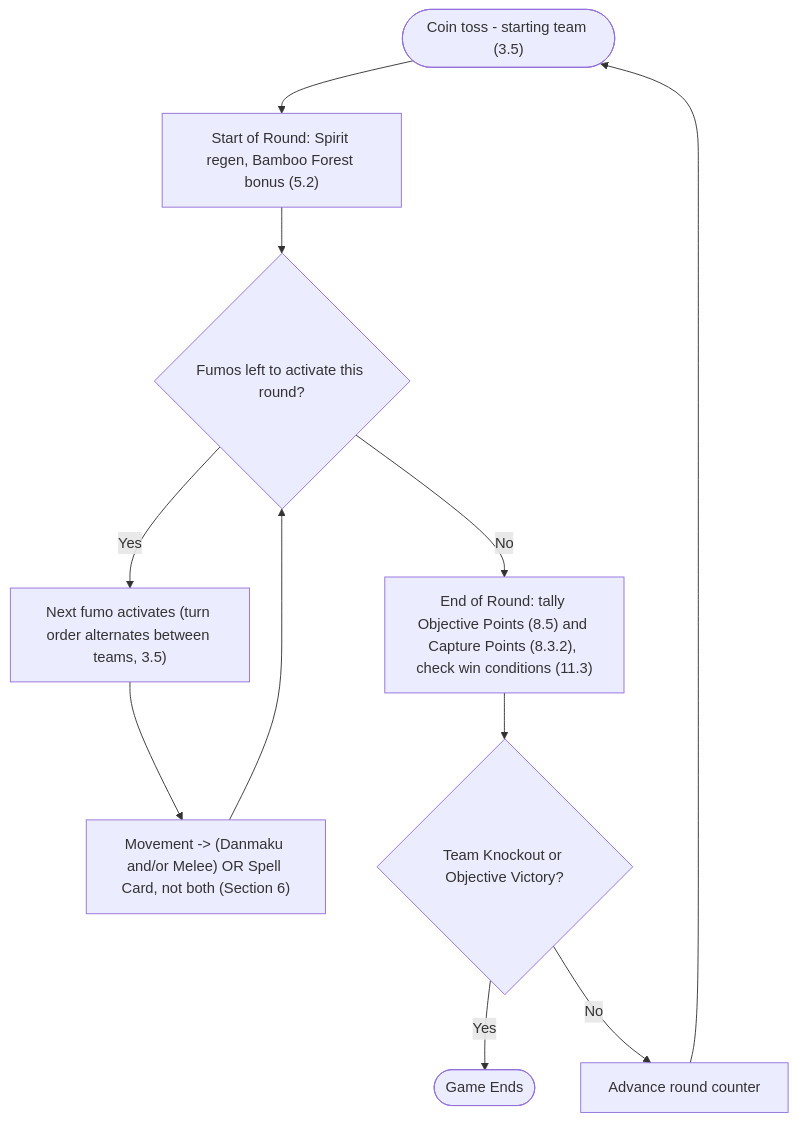
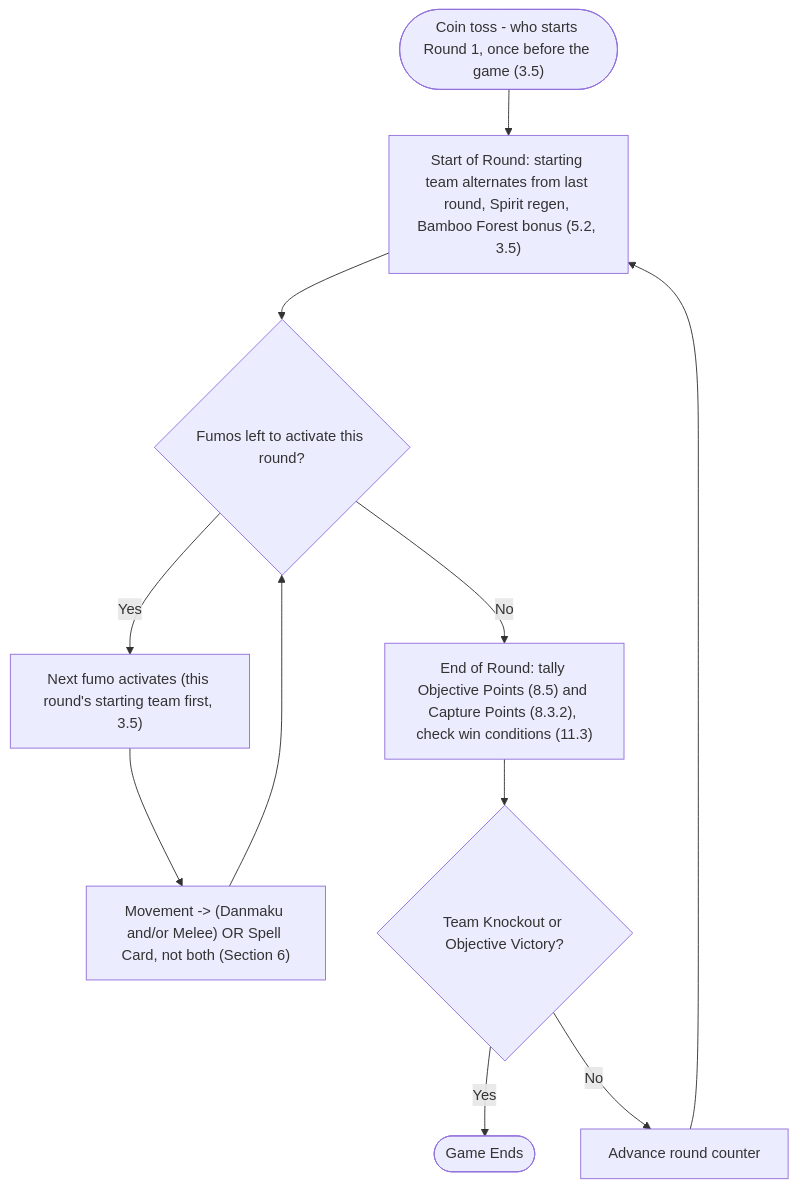
One commit to yumenegi/fumohammer changed the first of 2 diagrams in README.md. Above: the diagram before and after it, drawn with Mermaid. The commit also changed other lines of this file, not shown here.

````diff
--- a/README.md
+++ b/README.md
@@ -434,13 +434,13 @@
 ```mermaid
 flowchart TD
-    A(["Coin toss - starting team (3.5)"]) --> B["Start of Round: Spirit regen, Bamboo Forest bonus (5.2)"]
-    B --> C{"Fumos left to activate this round?"}
-    C -->|Yes| D["Next fumo activates (turn order alternates between teams, 3.5)"]
+    Z(["Coin toss - who starts Round 1, once before the game (3.5)"]) --> A["Start of Round: starting team alternates from last round, Spirit regen, Bamboo Forest bonus (5.2, 3.5)"]
+    A --> C{"Fumos left to activate this round?"}
+    C -->|Yes| D["Next fumo activates (this round's starting team first, 3.5)"]
     D --> E["Movement -> (Danmaku and/or Melee) OR Spell Card, not both (Section 6)"]
     E --> C
     C -->|No| F["End of Round: tally Objective Points (8.5) and Capture Points (8.3.2), check win conditions (11.3)"]
     F --> G{"Team Knockout or Objective Victory?"}
     G -->|Yes| H(["Game Ends"])
     G -->|No| I["Advance round counter"]
     I --> A
 ```
````
